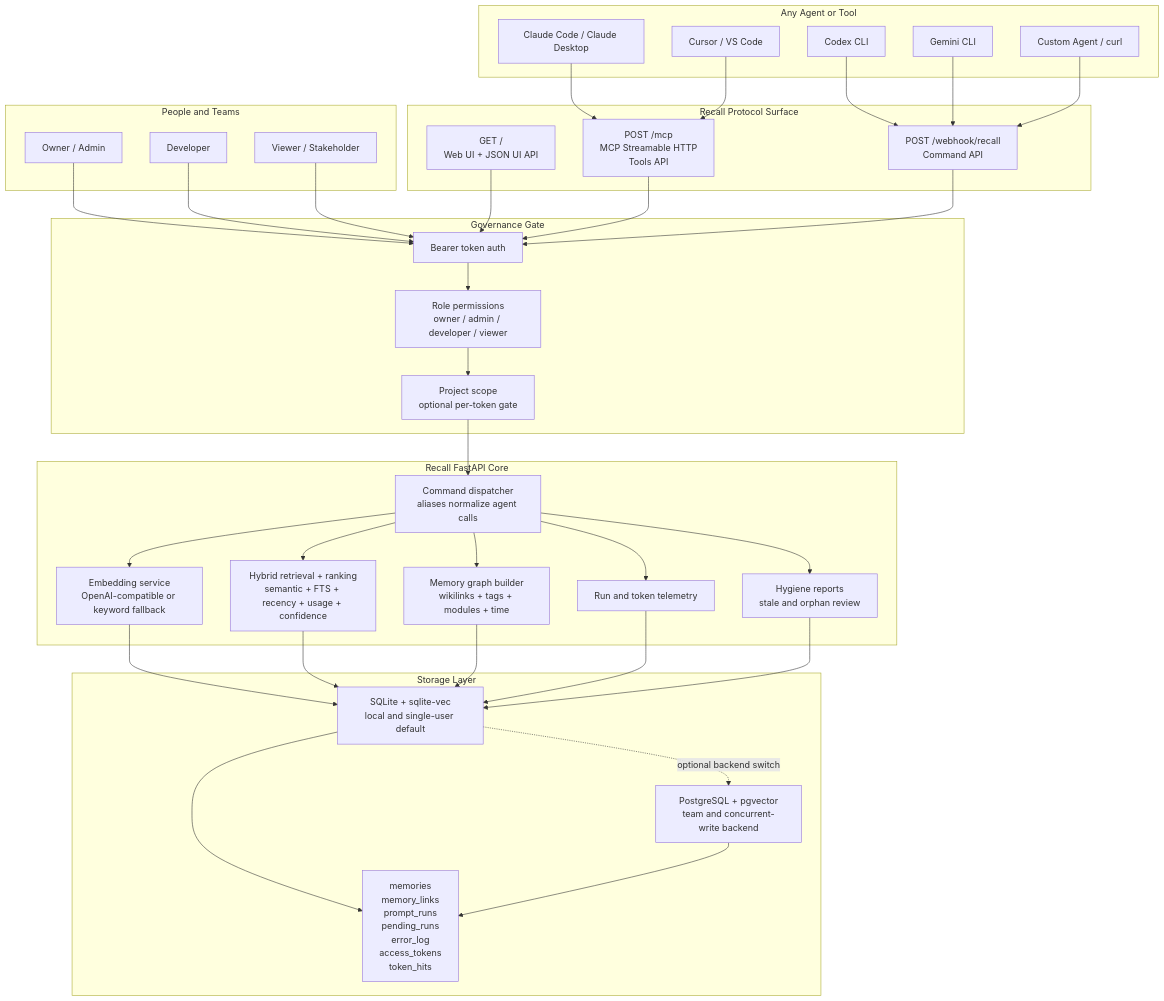
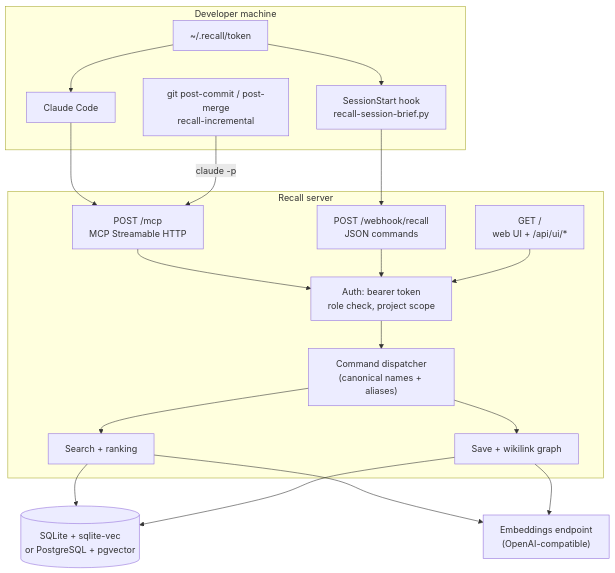
One commit to gshepptech/recall changed the first of 2 diagrams in docs/architecture.md. Above: the diagram before and after it, drawn with Mermaid. The commit also changed other lines of this file, not shown here.

First line of the commit message:
docs: rewrite the architecture guide

````diff
--- a/docs/architecture.md
+++ b/docs/architecture.md
@@ -15,69 +8,38 @@
 ```mermaid
 flowchart TB
-    subgraph People["People and Teams"]
-        Owner["Owner / Admin"]
-        Dev["Developer"]
-        Viewer["Viewer / Stakeholder"]
+    subgraph Client["Developer machine"]
+        CC["Claude Code"]
+        Brief["SessionStart hook<br/>recall-session-brief.py"]
+        Git["git post-commit / post-merge<br/>recall-incremental"]
+        Cred["~/.recall/token"]
     end
 
-    subgraph Agents["Any Agent or Tool"]
-        Claude["Claude Code / Claude Desktop"]
-        Codex["Codex CLI"]
-        Gemini["Gemini CLI"]
-        Cursor["Cursor / VS Code"]
-        Custom["Custom Agent / curl"]
+    subgraph Server["Recall server"]
+        MCP["POST /mcp<br/>MCP Streamable HTTP"]
+        Webhook["POST /webhook/recall<br/>JSON commands"]
+        UI["GET /<br/>web UI + /api/ui/*"]
+        Gate["Auth: bearer token<br/>role check, project scope"]
+        Dispatch["Command dispatcher<br/>(canonical names + aliases)"]
+        Search["Search + ranking"]
+        Save["Save + wikilink graph"]
     end
 
-    subgraph Entrypoints["Recall Protocol Surface"]
-        MCP["POST /mcp<br/>MCP Streamable HTTP<br/>Tools API"]
-        Webhook["POST /webhook/recall<br/>Command API"]
-        UI["GET /<br/>Web UI + JSON UI API"]
-    end
+    DB[("SQLite + sqlite-vec<br/>or PostgreSQL + pgvector")]
+    Emb["Embeddings endpoint<br/>(OpenAI-compatible)"]
 
-    subgraph Guard["Governance Gate"]
-        Auth["Bearer token auth"]
-        RBAC["Role permissions<br/>owner / admin / developer / viewer"]
-        Scope["Project scope<br/>optional per-token gate"]
-    end
-
-    subgraph Core["Recall FastAPI Core"]
-        Router["Command dispatcher<br/>aliases normalize agent calls"]
-        Embed["Embedding service<br/>OpenAI-compatible or keyword fallback"]
-        Rank["Hybrid retrieval + ranking<br/>semantic + FTS + recency + usage + confidence"]
-        Links["Memory graph builder<br/>wikilinks + tags + modules + time"]
-        Runs["Run and token telemetry"]
-        Hygiene["Hygiene reports<br/>stale and orphan review"]
-    end
-
-    subgraph Store["Storage Layer"]
-        SQLite["SQLite + sqlite-vec<br/>local and single-user default"]
-        Postgres["PostgreSQL + pgvector<br/>team and concurrent-write backend"]
-        Tables["memories<br/>memory_links<br/>prompt_runs<br/>pending_runs<br/>error_log<br/>access_tokens<br/>token_hits"]
-    end
-
-    Owner --> Auth
-    Dev --> Auth
-    Viewer --> Auth
-    Claude --> MCP
-    Cursor --> MCP
-    Codex --> Webhook
-    Gemini --> Webhook
-    Custom --> Webhook
-    UI --> Auth
-    MCP --> Auth
-    Webhook --> Auth
-    Auth --> RBAC --> Scope --> Router
-    Router --> Embed
-    Router --> Rank
-    Router --> Links
-    Router --> Runs
-    Router --> Hygiene
-    Embed --> SQLite
-    Rank --> SQLite
-    Links --> SQLite
-    Runs --> SQLite
-    Hygiene --> SQLite
-    SQLite -. optional backend switch .-> Postgres
-    SQLite --> Tables
-    Postgres --> Tables
+    Cred --> Brief
+    Cred --> CC
+    CC --> MCP
+    Brief --> Webhook
+    Git -- "claude -p" --> MCP
+    MCP --> Gate
+    Webhook --> Gate
+    UI --> Gate
+    Gate --> Dispatch
+    Dispatch --> Search
+    Dispatch --> Save
+    Search --> DB
+    Save --> DB
+    Search --> Emb
+    Save --> Emb
 ```
````
